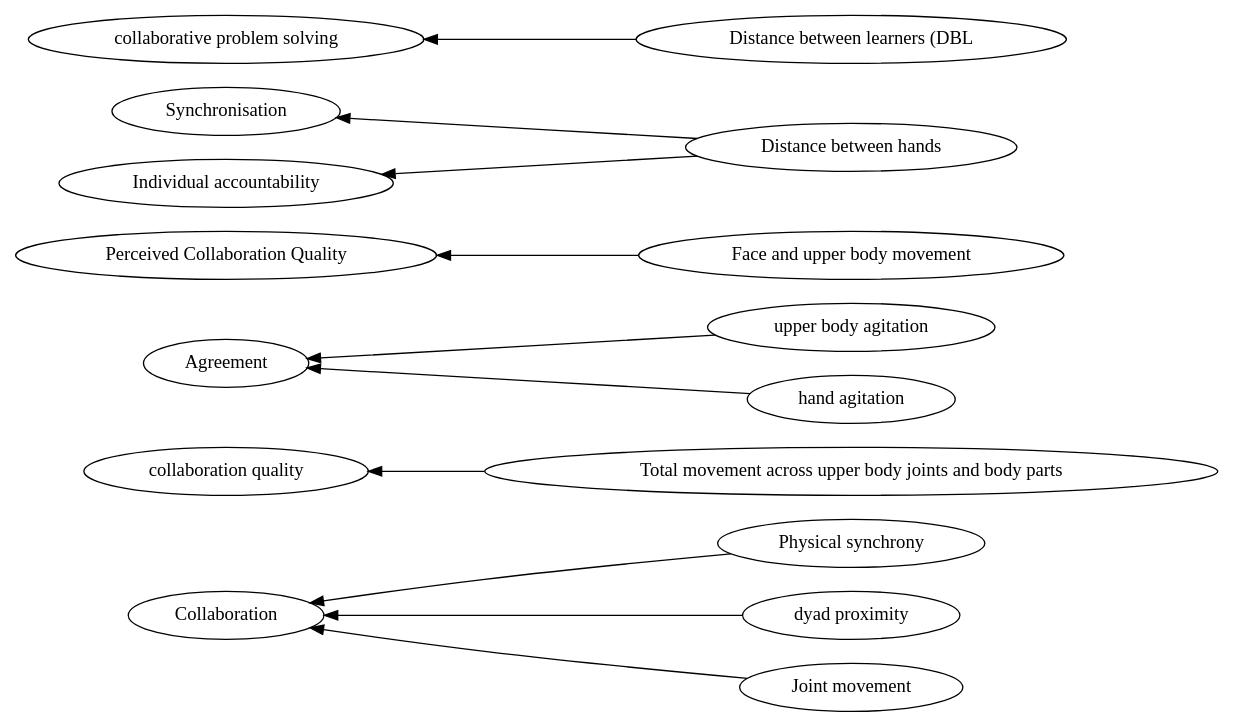
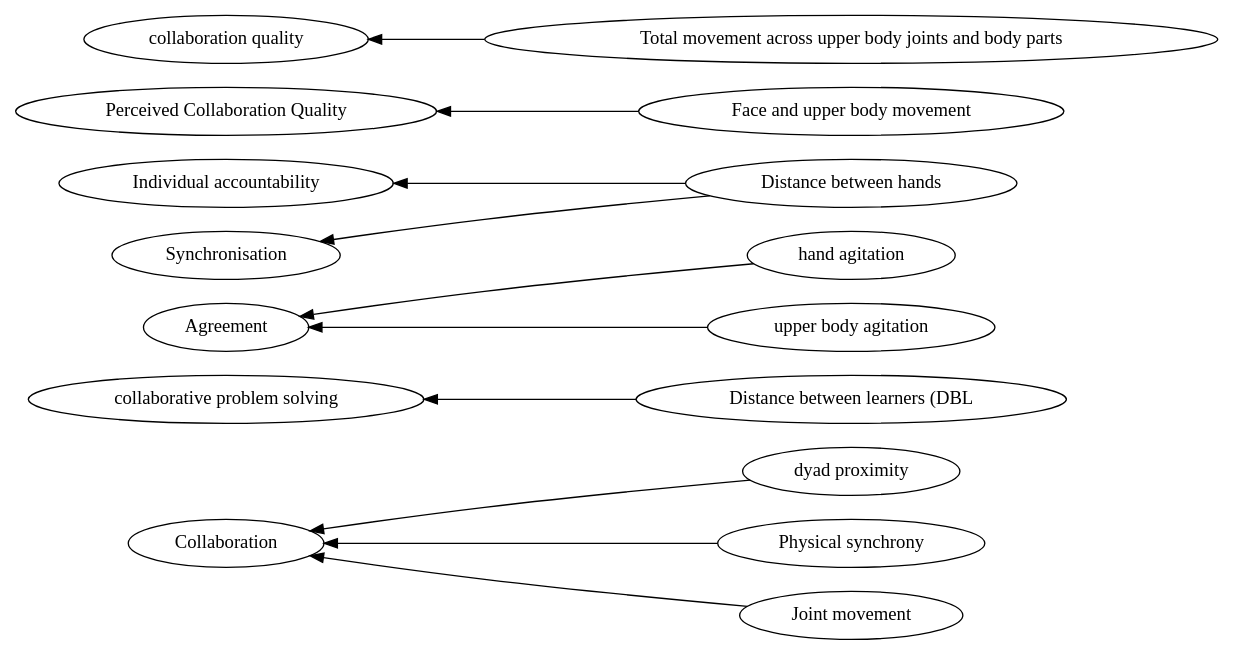
One commit to hgse-schneider/mmca changed the diagram in graphviz/Body -> coordination.gv. Above: the diagram before and after it, drawn with Graphviz. The commit also changed 174 other files, not shown here.

```diff
--- a/graphviz/Body -> coordination.gv
+++ b/graphviz/Body -> coordination.gv
@@ -1,28 +1,28 @@
 digraph Test {
 	rankdir=RL
 	size="15,15"
 	overlap=false
 	splines=true
-	{rank=same; "Physical synchrony" "Total movement across upper body joints and body parts" "dyad proximity" "upper body agitation" "Face and upper body movement" "hand agitation" "Distance between hands" "Joint movement" "Distance between learners (DBL";}
-	{rank=same; "Collaboration" "Perceived Collaboration Quality" "Synchronisation" "Agreement" "Individual accountability" "collaboration quality" "collaborative problem solving";}
-	"Physical synchrony" [href="https://scholar.google.com/scholar?hl=en&q=An%20Interactive%20Table%20for%20Supporting%20Participation%20Balance%20in%20Face-to-Face%20Collaborative%20Learning"]
+	{rank=same; "dyad proximity" "Physical synchrony" "Distance between learners (DBL" "hand agitation" "upper body agitation" "Distance between hands" "Face and upper body movement" "Total movement across upper body joints and body parts" "Joint movement";}
+	{rank=same; "Collaboration" "collaborative problem solving" "Agreement" "collaboration quality" "Individual accountability" "Perceived Collaboration Quality" "Synchronisation";}
+	"Physical synchrony" [href="https://scholar.google.com/scholar?hl=en&q=Predicting%20the%20Quality%20of%20Collaborative%20Problem%20Solving%20Through%20Linguistic%20Analysis%20of%20Discourse"]
 	"Physical synchrony" -> Collaboration
-	"Distance between hands" [href="https://scholar.google.com/scholar?hl=en&q=An%20Interactive%20Table%20for%20Supporting%20Participation%20Balance%20in%20Face-to-Face%20Collaborative%20Learning"]
+	"Distance between hands" [href="https://scholar.google.com/scholar?hl=en&q=Using%20Multimodal%20Learning%20Analytics%20to%20Identify%20Aspects%20of%20Collaboration%20in%20Project-Based%20Learning"]
 	"Distance between hands" -> "Individual accountability"
-	"Distance between hands" [href="https://scholar.google.com/scholar?hl=en&q=An%20Interactive%20Table%20for%20Supporting%20Participation%20Balance%20in%20Face-to-Face%20Collaborative%20Learning"]
+	"Distance between hands" [href="https://scholar.google.com/scholar?hl=en&q=Using%20Multimodal%20Learning%20Analytics%20to%20Identify%20Aspects%20of%20Collaboration%20in%20Project-Based%20Learning"]
 	"Distance between hands" -> Synchronisation
-	"Total movement across upper body joints and body parts" [href="https://scholar.google.com/scholar?hl=en&q=An%20Interactive%20Table%20for%20Supporting%20Participation%20Balance%20in%20Face-to-Face%20Collaborative%20Learning"]
+	"Total movement across upper body joints and body parts" [href="https://scholar.google.com/scholar?hl=en&q=Toward%20Using%20Multi-Modal%20Learning%20Analytics%20to%20Support%20and%20Measure%20Collaboration%20in%20Co-Located%20Dyads"]
 	"Total movement across upper body joints and body parts" -> "collaboration quality"
-	"Distance between learners (DBL" [href="https://scholar.google.com/scholar?hl=en&q=An%20Interactive%20Table%20for%20Supporting%20Participation%20Balance%20in%20Face-to-Face%20Collaborative%20Learning"]
+	"Distance between learners (DBL" [href="https://scholar.google.com/scholar?hl=en&q=Estimation%20of%20success%20in%20collaborative%20learning%20based%20on%20multimodal%20learning%20analytics%20features"]
 	"Distance between learners (DBL" -> "collaborative problem solving"
-	"Joint movement" [href="https://scholar.google.com/scholar?hl=en&q=An%20Interactive%20Table%20for%20Supporting%20Participation%20Balance%20in%20Face-to-Face%20Collaborative%20Learning"]
+	"Joint movement" [href="https://scholar.google.com/scholar?hl=en&q=Exploring%20Collaboration%20Using%20Motion%20Sensors%20and%20Multi-Modal%20Learning%20Analytics"]
 	"Joint movement" -> Collaboration
-	"dyad proximity" [href="https://scholar.google.com/scholar?hl=en&q=An%20Interactive%20Table%20for%20Supporting%20Participation%20Balance%20in%20Face-to-Face%20Collaborative%20Learning"]
+	"dyad proximity" [href="https://scholar.google.com/scholar?hl=en&q=Exploring%20Collaboration%20Using%20Motion%20Sensors%20and%20Multi-Modal%20Learning%20Analytics"]
 	"dyad proximity" -> Collaboration
-	"upper body agitation" [href="https://scholar.google.com/scholar?hl=en&q=An%20Interactive%20Table%20for%20Supporting%20Participation%20Balance%20in%20Face-to-Face%20Collaborative%20Learning"]
+	"upper body agitation" [href="https://scholar.google.com/scholar?hl=en&q=Multi-modal%20Social%20Signal%20Analysis%20for%20Predicting%20Agreement%20in%20Conversation%20Settings"]
 	"upper body agitation" -> Agreement
-	"hand agitation" [href="https://scholar.google.com/scholar?hl=en&q=An%20Interactive%20Table%20for%20Supporting%20Participation%20Balance%20in%20Face-to-Face%20Collaborative%20Learning"]
+	"hand agitation" [href="https://scholar.google.com/scholar?hl=en&q=Multi-modal%20Social%20Signal%20Analysis%20for%20Predicting%20Agreement%20in%20Conversation%20Settings"]
 	"hand agitation" -> Agreement
-	"Face and upper body movement" [href="https://scholar.google.com/scholar?hl=en&q=An%20Interactive%20Table%20for%20Supporting%20Participation%20Balance%20in%20Face-to-Face%20Collaborative%20Learning"]
+	"Face and upper body movement" [href="https://scholar.google.com/scholar?hl=en&q=Modeling%20Team-level%20Multimodal%20Dynamics%20during%20Multiparty%20Collaboration"]
 	"Face and upper body movement" -> "Perceived Collaboration Quality"
 }
```
